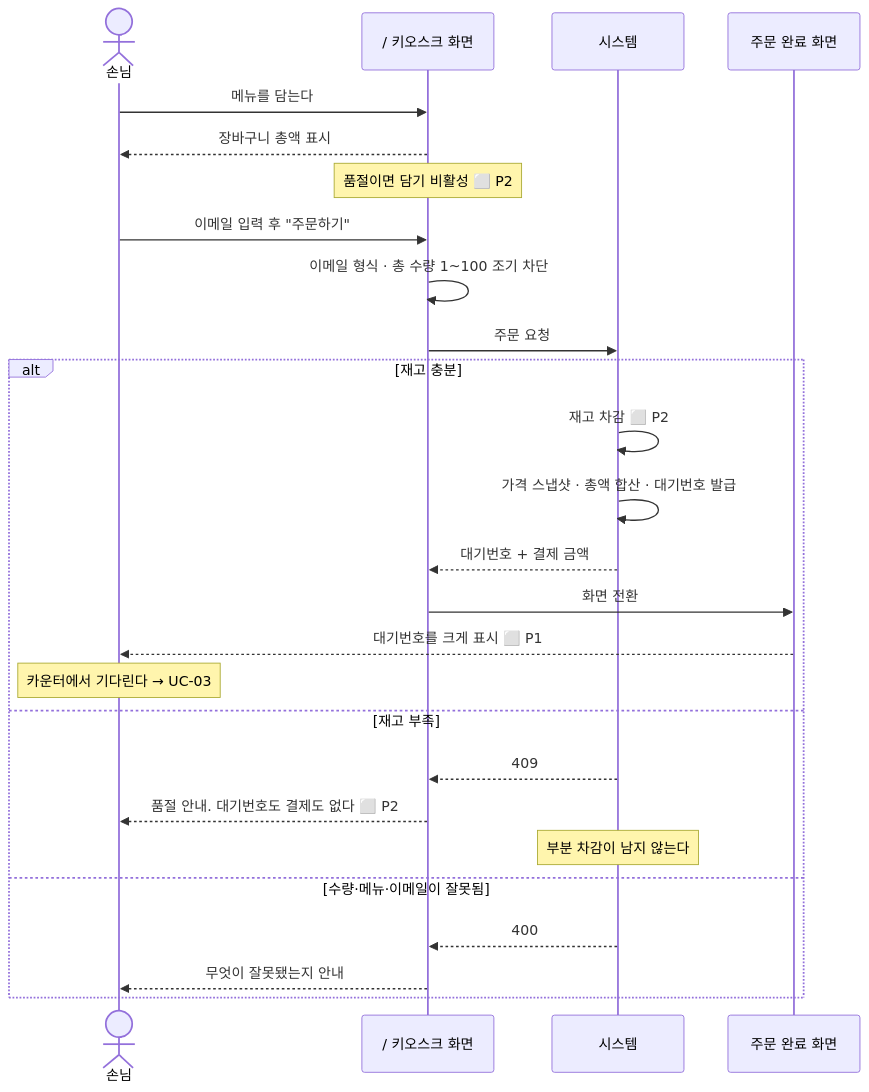
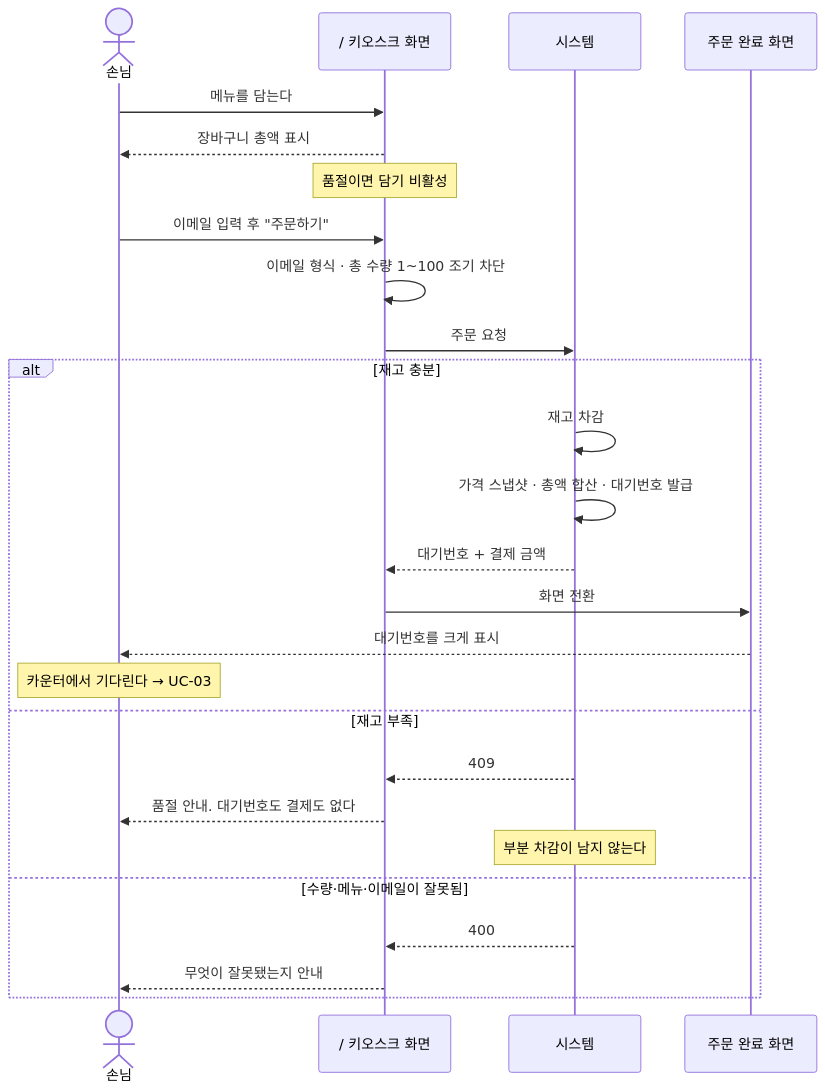
Before and after one commit to hhyukk/cafe-kiosk: the second of 4 diagrams in docs/USECASES.md, drawn with Mermaid. The commit also changed other lines of this file, not shown here.

````diff
--- a/docs/USECASES.md
+++ b/docs/USECASES.md
@@ -630,31 +698,31 @@
 ```mermaid
 sequenceDiagram
     actor G as 손님
     participant K as / 키오스크 화면
     participant SYS as 시스템
     participant D as 주문 완료 화면
 
     G->>K: 메뉴를 담는다
     K-->>G: 장바구니 총액 표시
-    Note over K: 품절이면 담기 비활성 ⬜ P2
+    Note over K: 품절이면 담기 비활성
 
     G->>K: 이메일 입력 후 "주문하기"
     K->>K: 이메일 형식 · 총 수량 1~100 조기 차단
     K->>SYS: 주문 요청
 
     alt 재고 충분
-        SYS->>SYS: 재고 차감 ⬜ P2
+        SYS->>SYS: 재고 차감
         SYS->>SYS: 가격 스냅샷 · 총액 합산 · 대기번호 발급
         SYS-->>K: 대기번호 + 결제 금액
         K->>D: 화면 전환
-        D-->>G: 대기번호를 크게 표시 ⬜ P1
+        D-->>G: 대기번호를 크게 표시
         Note over G: 카운터에서 기다린다 → UC-03
     else 재고 부족
         SYS-->>K: 409
-        K-->>G: 품절 안내. 대기번호도 결제도 없다 ⬜ P2
+        K-->>G: 품절 안내. 대기번호도 결제도 없다
         Note over SYS: 부분 차감이 남지 않는다
     else 수량·메뉴·이메일이 잘못됨
         SYS-->>K: 400
         K-->>G: 무엇이 잘못됐는지 안내
     end
 ```
````
